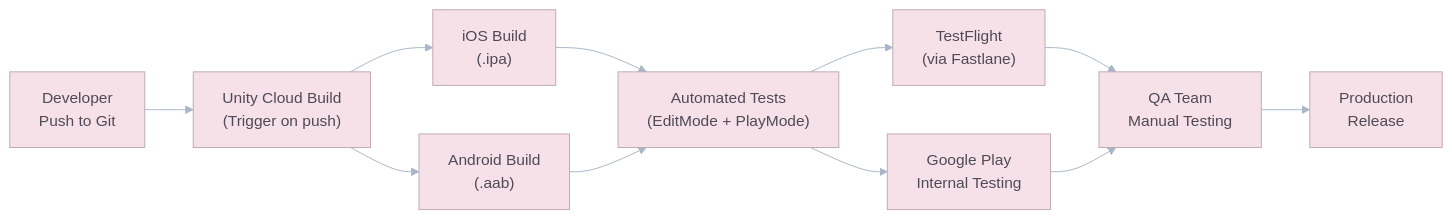
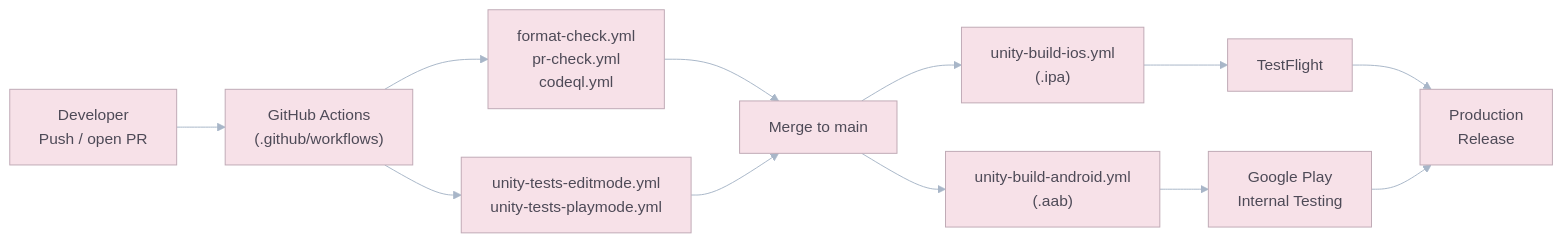
Before and after one commit to unknown-studios-code/goo-galaxy: the sixth of 6 diagrams in .docs/GDD/08_Technical_Architecture_and_Multiplayer.md, drawn with Mermaid. The commit also changed other lines of this file and 54 other files, not shown here.

````diff
--- a/.docs/GDD/08_Technical_Architecture_and_Multiplayer.md
+++ b/.docs/GDD/08_Technical_Architecture_and_Multiplayer.md
@@ -386,14 +428,15 @@
 ```mermaid
 %%{init: {"theme":"base","themeVariables":{"primaryColor":"#F7E1E8","secondaryColor":"#DCEBF7","tertiaryColor":"#E4F3E1","primaryBorderColor":"#BFA9B5","lineColor":"#A8B6C8","primaryTextColor":"#4E4A57","clusterBkg":"#FAF5EA","clusterBorder":"#CDBFAF","edgeLabelBackground":"#FFF9F2","noteBkgColor":"#F7F1FA","noteTextColor":"#4E4A57","taskBkgColor":"#DCEBF7","taskTextColor":"#4E4A57","taskTextOutsideColor":"#4E4A57","sectionBkgColor":"#E4F3E1","sectionBorderColor":"#BCD0B9","gridColor":"#E8DDD3","todayLineColor":"#C7A7B5","actorBkg":"#F7E1E8","actorBorder":"#BFA9B5","actorTextColor":"#4E4A57","signalColor":"#A8B6C8","signalTextColor":"#4E4A57","labelBoxBkgColor":"#FFF9F2","labelBoxBorderColor":"#CDBFAF","labelTextColor":"#4E4A57"}}}%%
 flowchart LR
-    DEV["Developer<br/>Push to Git"] --> CI["Unity Cloud Build<br/>(Trigger on push)"]
-    CI --> BUILD_IOS["iOS Build<br/>(.ipa)"]
-    CI --> BUILD_AND["Android Build<br/>(.aab)"]
-    BUILD_IOS --> TEST["Automated Tests<br/>(EditMode + PlayMode)"]
-    BUILD_AND --> TEST
-    TEST --> DIST_IOS["TestFlight<br/>(via Fastlane)"]
-    TEST --> DIST_AND["Google Play<br/>Internal Testing"]
-    DIST_IOS --> QA["QA Team<br/>Manual Testing"]
-    DIST_AND --> QA
-    QA --> RELEASE["Production<br/>Release"]
+    DEV["Developer<br/>Push / open PR"] --> GHA["GitHub Actions<br/>(.github/workflows)"]
+    GHA --> CHECKS["format-check.yml<br/>pr-check.yml<br/>codeql.yml"]
+    GHA --> TESTS["unity-tests-editmode.yml<br/>unity-tests-playmode.yml"]
+    CHECKS --> MERGE["Merge to main"]
+    TESTS --> MERGE
+    MERGE --> BUILD_IOS["unity-build-ios.yml<br/>(.ipa)"]
+    MERGE --> BUILD_AND["unity-build-android.yml<br/>(.aab)"]
+    BUILD_IOS --> DIST_IOS["TestFlight"]
+    BUILD_AND --> DIST_AND["Google Play<br/>Internal Testing"]
+    DIST_IOS --> RELEASE["Production<br/>Release"]
+    DIST_AND --> RELEASE
 ```
````
